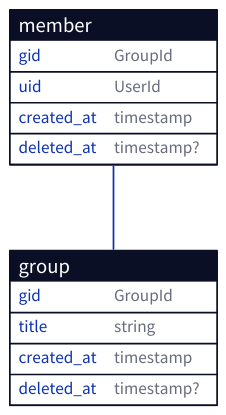
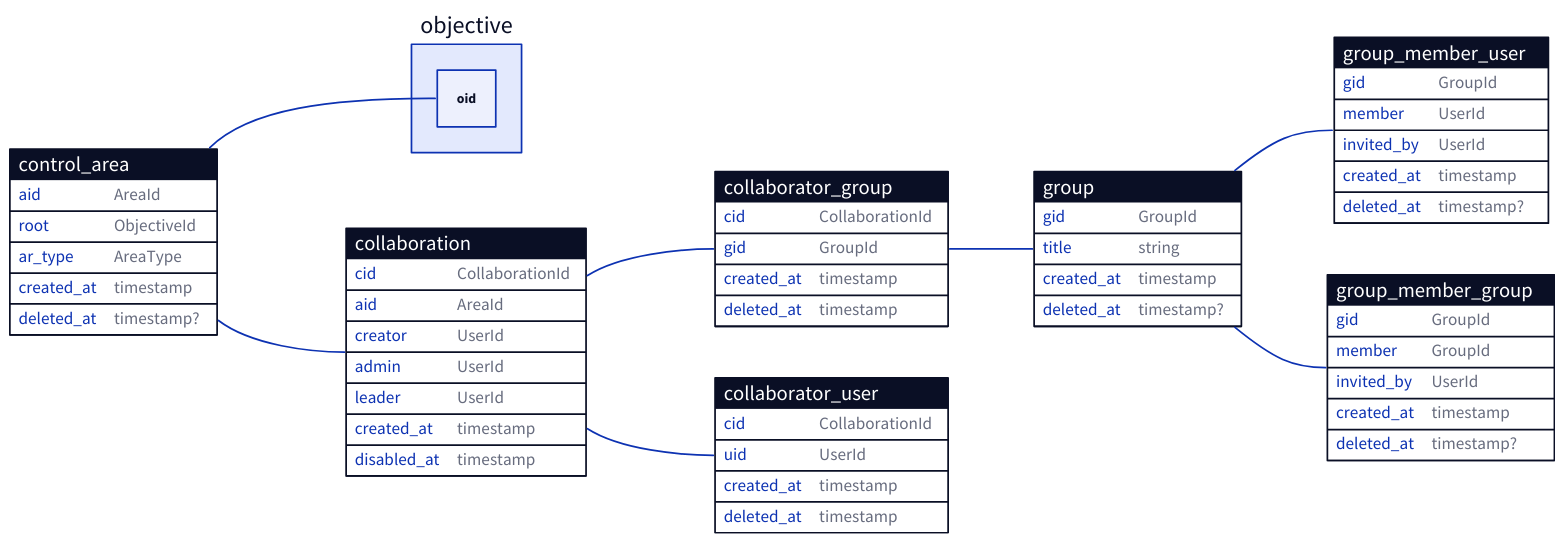
One commit to ufukty/logbook changed the diagram in docs/database/groups.d2. Above: the diagram before and after it, drawn with D2. The commit also changed 5 other files, not shown here.

Commit message:
docs/database: adds `group`, `group_member` and relateds to docs

```diff
--- a/docs/database/groups.d2
+++ b/docs/database/groups.d2
@@ -1,21 +1,89 @@
-member: {
+direction: right
+
+control_area: {
   shape: sql_table
 
+  aid: AreaId
+  root: ObjectiveId
+  ar_type: AreaType
+
+  created_at: timestamp
+  deleted_at: timestamp?
+}
+
+collaboration: {
+  shape: sql_table
+
+  cid: CollaborationId
+  aid: AreaId
+
+  creator: UserId
+  admin: UserId
+  leader: UserId
+
+  created_at: timestamp
+  disabled_at: timestamp
+}
+
+collaborator_group: {
+  shape: sql_table
+
+  cid: CollaborationId
   gid: GroupId
+
+  created_at: timestamp
+  deleted_at: timestamp
+}
+
+collaborator_user: {
+  shape: sql_table
+
+  cid: CollaborationId
   uid: UserId
+
+  created_at: timestamp
+  deleted_at: timestamp
+}
+
+group: {
+  shape: sql_table
+  
+  gid: GroupId
+  title: string
   
   created_at: timestamp
   deleted_at: timestamp?
 }
 
-group: {
+group_member_user: {
   shape: sql_table
-
+  
   gid: GroupId
-  title: string
-
+  member: UserId
+  invited_by: UserId
+  
   created_at: timestamp
   deleted_at: timestamp?
 }
 
-member.gid -- group.gid
+group_member_group: {
+  shape: sql_table
+  
+  gid: GroupId
+  member: GroupId
+  invited_by: UserId
+  
+  created_at: timestamp
+  deleted_at: timestamp?
+}
+
+control_area.root -- objective.oid
+
+control_area.aid -- collaboration.aid
+collaboration.cid -- collaborator_group.cid
+collaboration.cid -- collaborator_user.cid
+
+collaborator_group.gid -- group.gid
+
+group.gid -- group_member_user.gid
+group.gid -- group_member_group.gid
```
